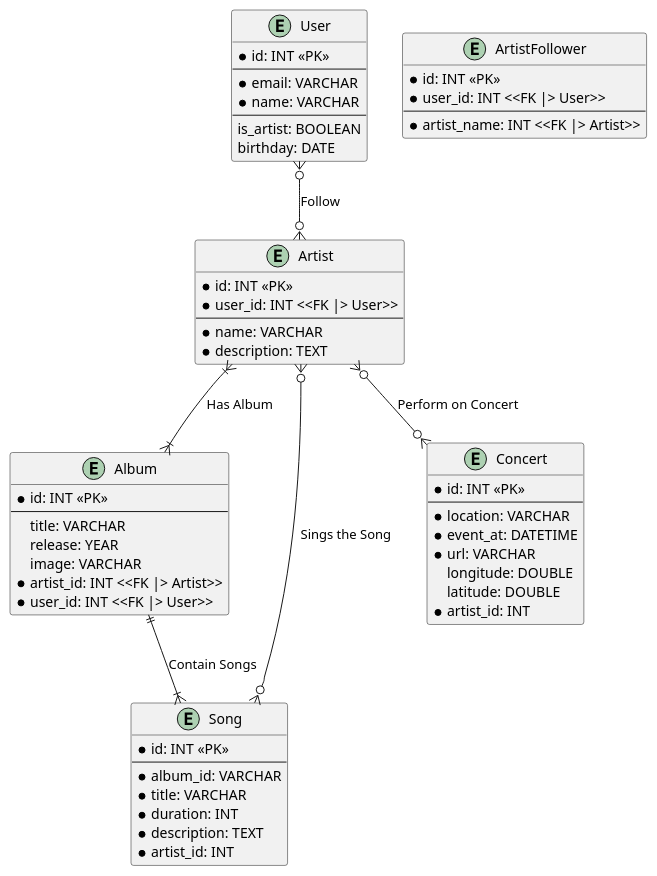
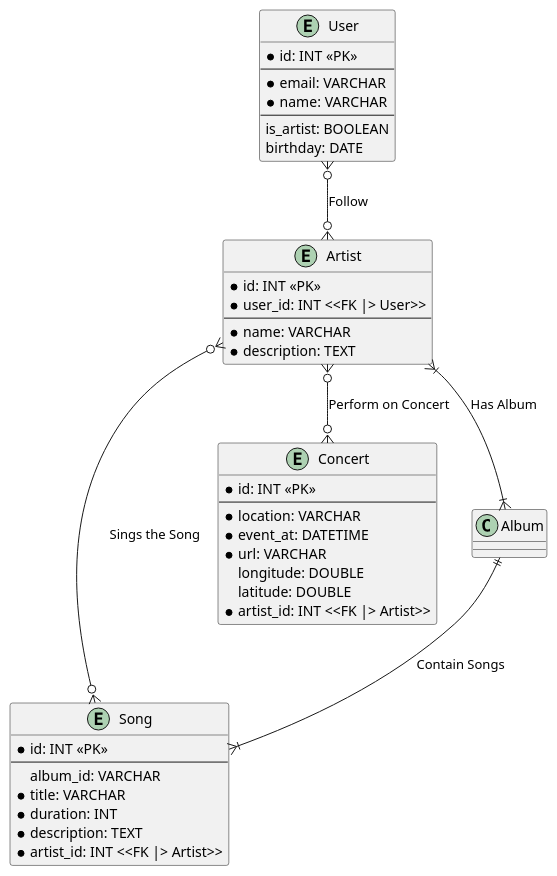
The diagram in tabledata/spotify_database_design.puml (maulanazn/likeaspotify), drawn with PlantUML before and after one commit. The commit also changed 17 other files, not shown here.

```diff
--- a/tabledata/spotify_database_design.puml
+++ b/tabledata/spotify_database_design.puml
@@ -1,64 +1,46 @@
 @startuml White
 entity User {
     * id: INT <<PK>>
     --
     * email: VARCHAR
     * name: VARCHAR
     --
     is_artist: BOOLEAN
     birthday: DATE
 }
 
-' Follow connector to artist from user
-entity ArtistFollower {
-    * id: INT <<PK>>
-    * user_id: INT <<FK |> User>>
-    --
-    * artist_name: INT <<FK |> Artist>>
-}
-
 entity Artist {
     * id: INT <<PK>>
     * user_id: INT <<FK |> User>>
     --
     * name: VARCHAR
     * description: TEXT
 }
 
-entity Album {
-    * id: INT <<PK>>
-    --
-    title: VARCHAR
-    release: YEAR
-    image: VARCHAR
-    * artist_id: INT <<FK |> Artist>>
-    * user_id: INT <<FK |> User>>
-}
-
 entity Song {
     * id: INT <<PK>>
     --
-    * album_id: VARCHAR
+    album_id: VARCHAR
     * title: VARCHAR
     * duration: INT
     * description: TEXT
-    * artist_id: INT
+    * artist_id: INT <<FK |> Artist>>
 }
 
 entity Concert {
     * id: INT <<PK>>
     --
     * location: VARCHAR
     * event_at: DATETIME
     * url: VARCHAR
     longitude: DOUBLE
     latitude: DOUBLE
-    * artist_id: INT
+    * artist_id: INT <<FK |> Artist>>
 }
 
 User }o--o{ Artist : Follow
 Artist }|--|{ Album : Has Album
 Artist }o--o{ Song : Sings the Song
 Artist }o--o{ Concert : Perform on Concert
 Album ||--|{ Song : Contain Songs
 @enduml
```
